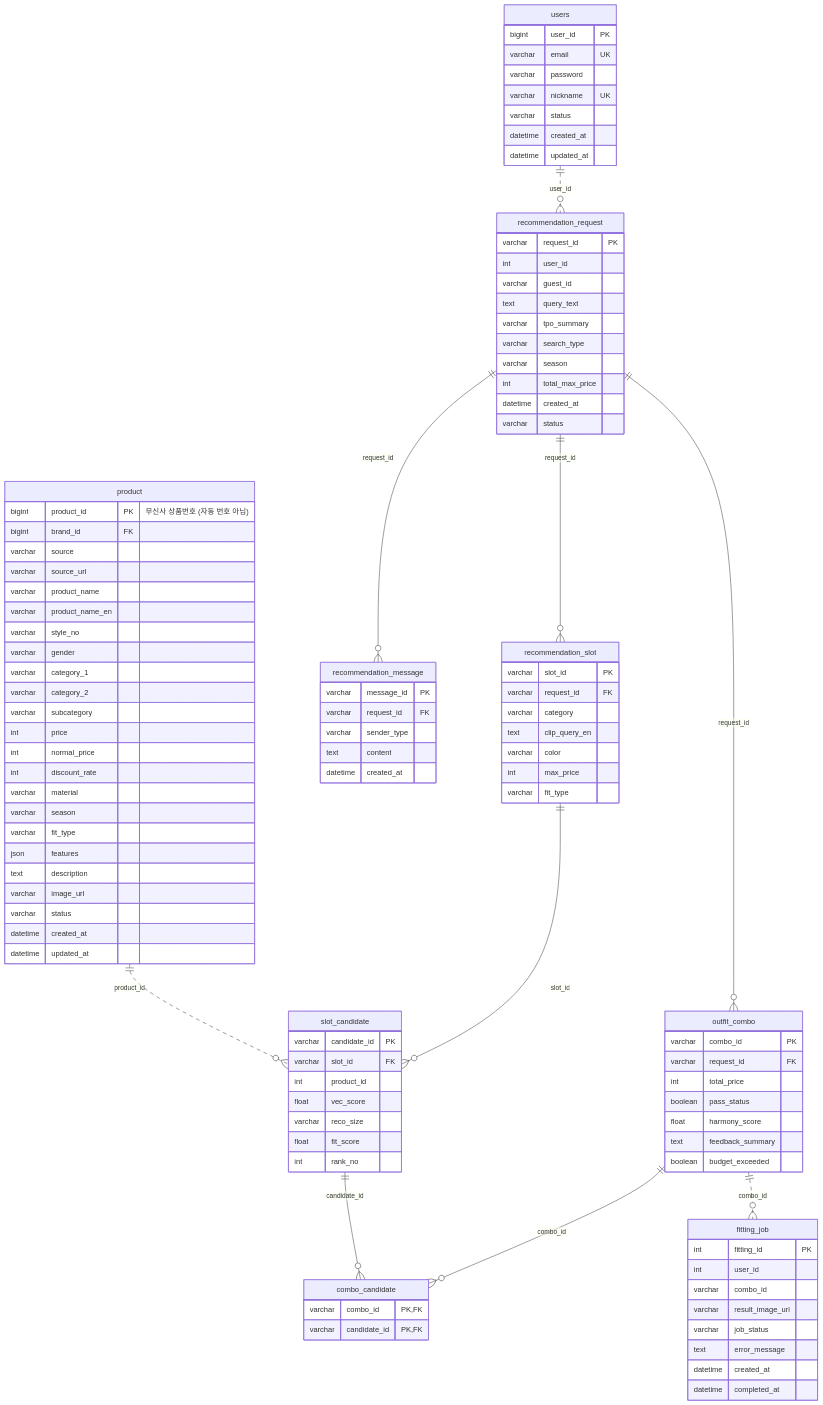
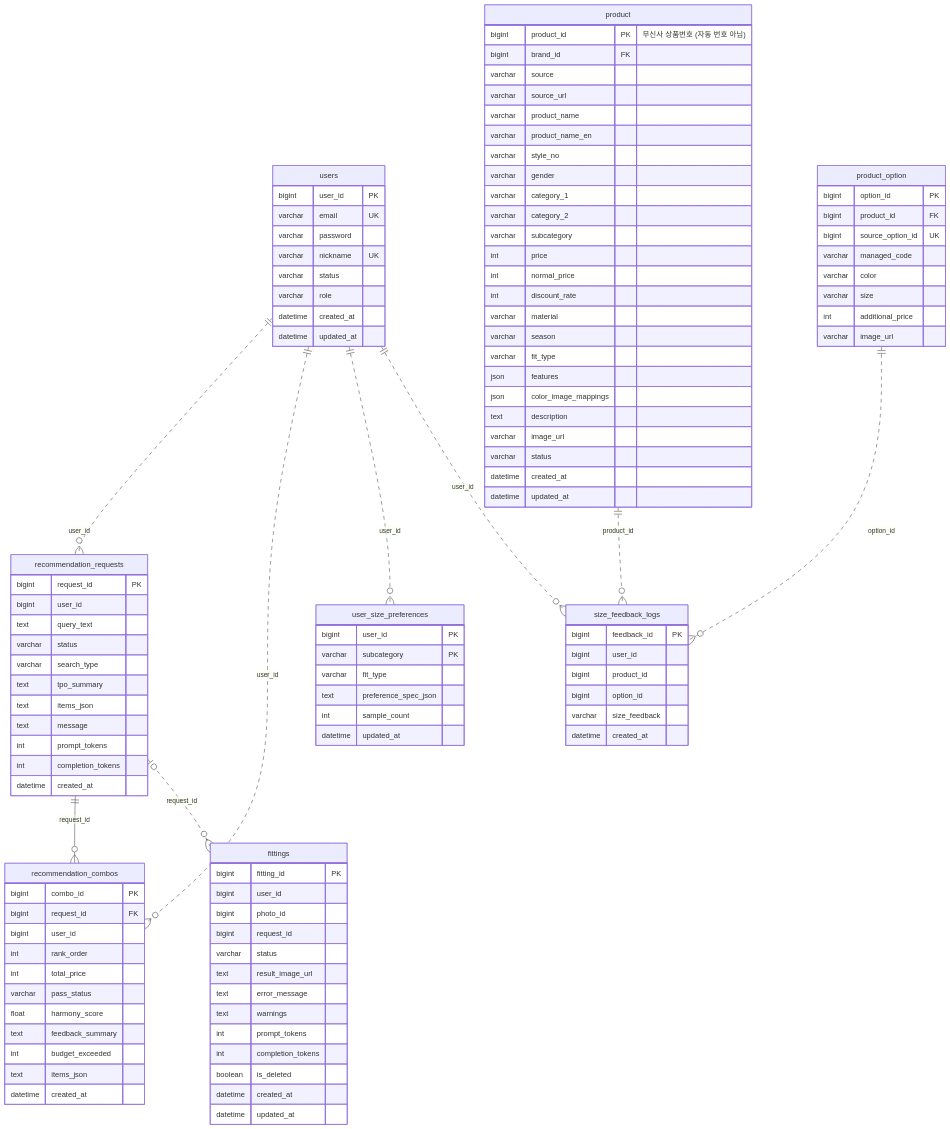
One commit to duckfairy-wak/fitzza_msa_finalproject changed the diagram in docs/erd/recommendation-service.mmd. Above: the diagram before and after it, drawn with Mermaid. The commit also changed 28 other files, not shown here.

First line of the commit message:
[Docs]_03/Align_ERD_With_Implemented_Schema

```diff
--- a/docs/erd/recommendation-service.mmd
+++ b/docs/erd/recommendation-service.mmd
@@ -1,126 +1,133 @@
 erDiagram
     %% Central service: recommendation-service
     %% Source: ../entity-relationship-diagram.mmd
     %% Original columns, cardinalities and line styles preserved.
     %% || = exactly one; o| = zero or one; o{ = zero or more; |{ = one or more.
     %% Edge labels name the referencing column in the child table.
     %% Cross-service edges are logical references, not cross-schema FK or direct access.
-    %% Owned tables: recommendation_request, recommendation_slot, slot_candidate, outfit_combo, recommendation_message, combo_candidate
-    %% External table: fitting_job (vton-service)
+    %% Owned tables: recommendation_requests, recommendation_combos, user_size_preferences, size_feedback_logs
+    %% External table: fittings (vton-service)
     %% External table: product (product-service)
+    %% External table: product_option (product-service)
     %% External table: users (user-service)
-    %% This domain is marked unimplemented in the original ERD.
 
     %% Internal and directly connected external relationships
-    recommendation_request ||--o{ recommendation_slot : "request_id"
-    recommendation_request ||--o{ outfit_combo : "request_id"
-    recommendation_request ||--o{ recommendation_message : "request_id"
-    recommendation_slot ||--o{ slot_candidate : "slot_id"
-    outfit_combo ||--o{ combo_candidate : "combo_id"
-    slot_candidate ||--o{ combo_candidate : "candidate_id"
-    users ||..o{ recommendation_request : "user_id"
-    product ||..o{ slot_candidate : "product_id"
-    outfit_combo ||..o{ fitting_job : "combo_id"
+    recommendation_requests ||--o{ recommendation_combos : "request_id"
+    users ||..o{ recommendation_requests : "user_id"
+    users ||..o{ recommendation_combos : "user_id"
+    users ||..o{ user_size_preferences : "user_id"
+    users ||..o{ size_feedback_logs : "user_id"
+    product ||..o{ size_feedback_logs : "product_id"
+    product_option ||..o{ size_feedback_logs : "option_id"
+    recommendation_requests |o..o{ fittings : "request_id"
 
-    recommendation_request {
-        varchar request_id PK
-        int user_id
-        varchar guest_id
+    recommendation_requests {
+        bigint request_id PK
+        bigint user_id
         text query_text
-        varchar tpo_summary
+        varchar status
         varchar search_type
-        varchar season
-        int total_max_price
-        datetime created_at
-        varchar status
-    }
-
-    recommendation_slot {
-        varchar slot_id PK
-        varchar request_id FK
-        varchar category
-        text clip_query_en
-        varchar color
-        int max_price
-        varchar fit_type
-    }
-
-    slot_candidate {
-        varchar candidate_id PK
-        varchar slot_id FK
-        int product_id
-        float vec_score
-        varchar reco_size
-        float fit_score
-        int rank_no
-    }
-
-    outfit_combo {
-        varchar combo_id PK
-        varchar request_id FK
-        int total_price
-        boolean pass_status
-        float harmony_score
-        text feedback_summary
-        boolean budget_exceeded
-    }
-
-    recommendation_message {
-        varchar message_id PK
-        varchar request_id FK
-        varchar sender_type
-        text content
+        text tpo_summary
+        text items_json
+        text message
+        int prompt_tokens
+        int completion_tokens
         datetime created_at
     }
 
-    combo_candidate {
-        varchar combo_id PK, FK
-        varchar candidate_id PK, FK
+    recommendation_combos {
+        bigint combo_id PK
+        bigint request_id FK
+        bigint user_id
+        int rank_order
+        int total_price
+        varchar pass_status
+        float harmony_score
+        text feedback_summary
+        int budget_exceeded
+        text items_json
+        datetime created_at
     }
 
-    fitting_job {
-        int fitting_id PK
-        int user_id
-        varchar combo_id
-        varchar result_image_url
-        varchar job_status
+    user_size_preferences {
+        bigint user_id PK
+        varchar subcategory PK
+        varchar fit_type
+        text preference_spec_json
+        int sample_count
+        datetime updated_at
+    }
+
+    size_feedback_logs {
+        bigint feedback_id PK
+        bigint user_id
+        bigint product_id
+        bigint option_id
+        varchar size_feedback
+        datetime created_at
+    }
+
+    fittings {
+        bigint fitting_id PK
+        bigint user_id
+        bigint photo_id
+        bigint request_id
+        varchar status
+        text result_image_url
         text error_message
+        text warnings
+        int prompt_tokens
+        int completion_tokens
+        boolean is_deleted
         datetime created_at
-        datetime completed_at
+        datetime updated_at
     }
 
     product {
         bigint product_id PK "무신사 상품번호 (자동 번호 아님)"
         bigint brand_id FK
         varchar source
         varchar source_url
         varchar product_name
         varchar product_name_en
         varchar style_no
         varchar gender
         varchar category_1
         varchar category_2
         varchar subcategory
         int price
         int normal_price
         int discount_rate
         varchar material
         varchar season
         varchar fit_type
         json features
+        json color_image_mappings
         text description
         varchar image_url
         varchar status
         datetime created_at
         datetime updated_at
+    }
+
+    product_option {
+        bigint option_id PK
+        bigint product_id FK
+        bigint source_option_id UK
+        varchar managed_code
+        varchar color
+        varchar size
+        int additional_price
+        varchar image_url
     }
 
     users {
         bigint user_id PK
         varchar email UK
         varchar password
         varchar nickname UK
         varchar status
+        varchar role
         datetime created_at
         datetime updated_at
     }
```
